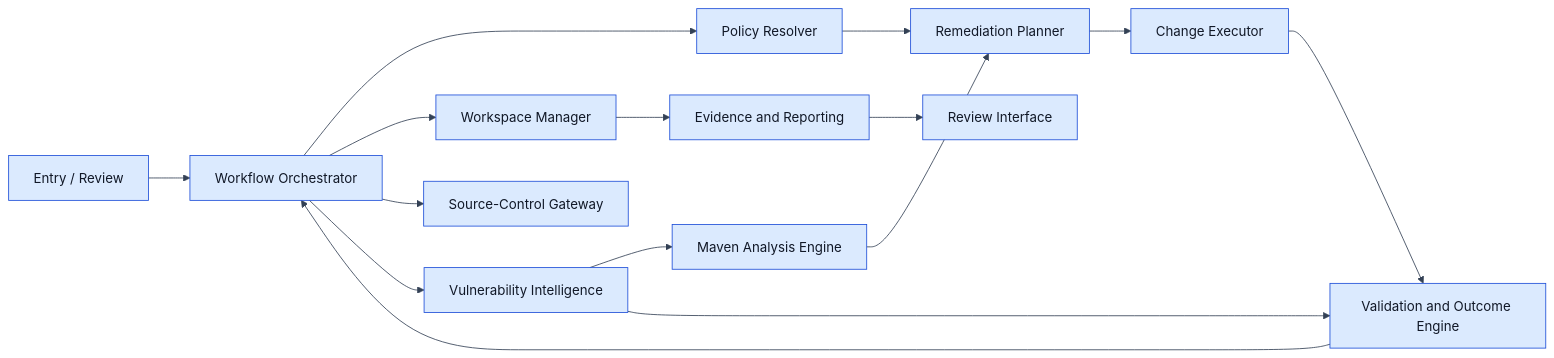
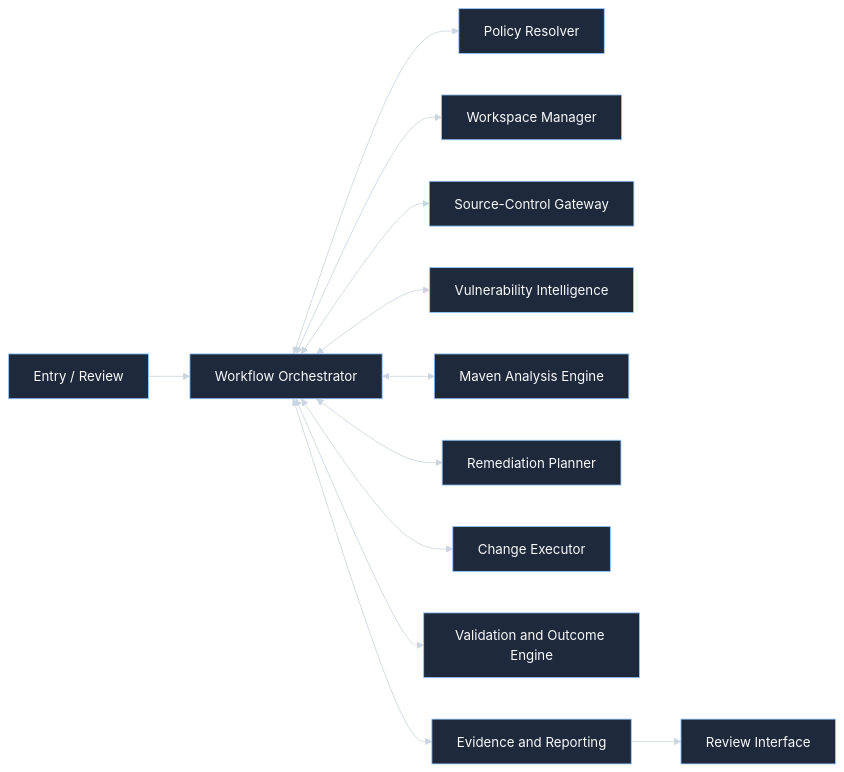
Before and after one commit to AILearner365/oss-remediation-adk: the third of 8 diagrams in docs/04-system-architecture.md, drawn with Mermaid. The commit also changed other lines of this file, not shown here.

Commit message:
docs: fix orchestration flow and dark-mode diagram contrast

````diff
--- a/docs/04-system-architecture.md
+++ b/docs/04-system-architecture.md
@@ -170,18 +167,15 @@
 ```mermaid
-%%{init: {"theme":"base","themeVariables":{"background":"#ffffff","primaryColor":"#dbeafe","primaryTextColor":"#111827","primaryBorderColor":"#1d4ed8","secondaryColor":"#dcfce7","secondaryTextColor":"#111827","tertiaryColor":"#fef3c7","tertiaryTextColor":"#111827","lineColor":"#334155","textColor":"#111827","edgeLabelBackground":"#ffffff"}}}%%
+%%{init: {"theme":"base","themeVariables":{"background":"#0b1220","primaryColor":"#1e293b","primaryTextColor":"#f8fafc","primaryBorderColor":"#93c5fd","secondaryColor":"#243447","secondaryTextColor":"#f8fafc","secondaryBorderColor":"#a7f3d0","tertiaryColor":"#312e81","tertiaryTextColor":"#f8fafc","tertiaryBorderColor":"#c4b5fd","lineColor":"#cbd5e1","textColor":"#f8fafc","edgeLabelBackground":"#0f172a","edgeLabelTextColor":"#f8fafc"}}}%%
 flowchart LR
     Entry[Entry / Review] --> Orchestrator[Workflow Orchestrator]
-    Orchestrator --> Policy[Policy Resolver]
-    Orchestrator --> Workspace[Workspace Manager]
-    Orchestrator --> Source[Source-Control Gateway]
-    Orchestrator --> Vulnerability[Vulnerability Intelligence]
-    Vulnerability --> Maven[Maven Analysis Engine]
-    Maven --> Planner[Remediation Planner]
-    Policy --> Planner
-    Planner --> Executor[Change Executor]
-    Executor --> Validator[Validation and Outcome Engine]
-    Vulnerability --> Validator
-    Validator --> Orchestrator
-    Workspace --> Reporting[Evidence and Reporting]
+    Orchestrator <--> Policy[Policy Resolver]
+    Orchestrator <--> Workspace[Workspace Manager]
+    Orchestrator <--> Source[Source-Control Gateway]
+    Orchestrator <--> Vulnerability[Vulnerability Intelligence]
+    Orchestrator <--> Maven[Maven Analysis Engine]
+    Orchestrator <--> Planner[Remediation Planner]
+    Orchestrator <--> Executor[Change Executor]
+    Orchestrator <--> Validator[Validation and Outcome Engine]
+    Orchestrator <--> Reporting[Evidence and Reporting]
     Reporting --> Review[Review Interface]
 ```
````
